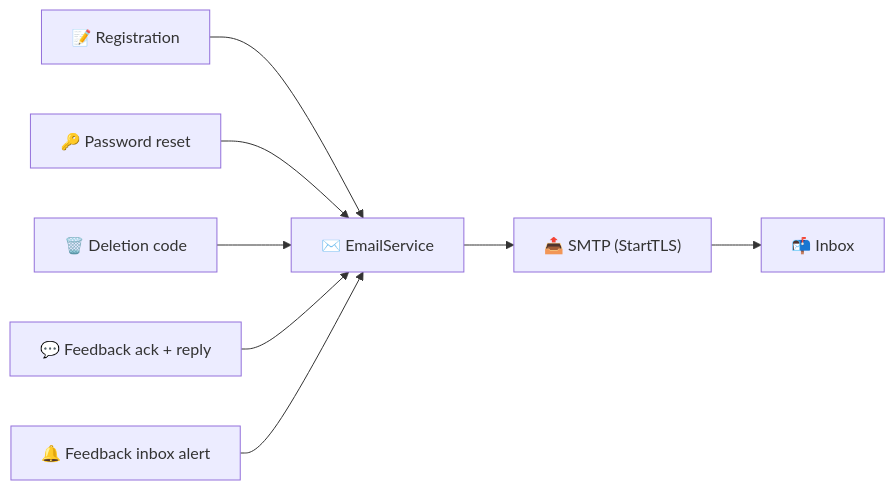
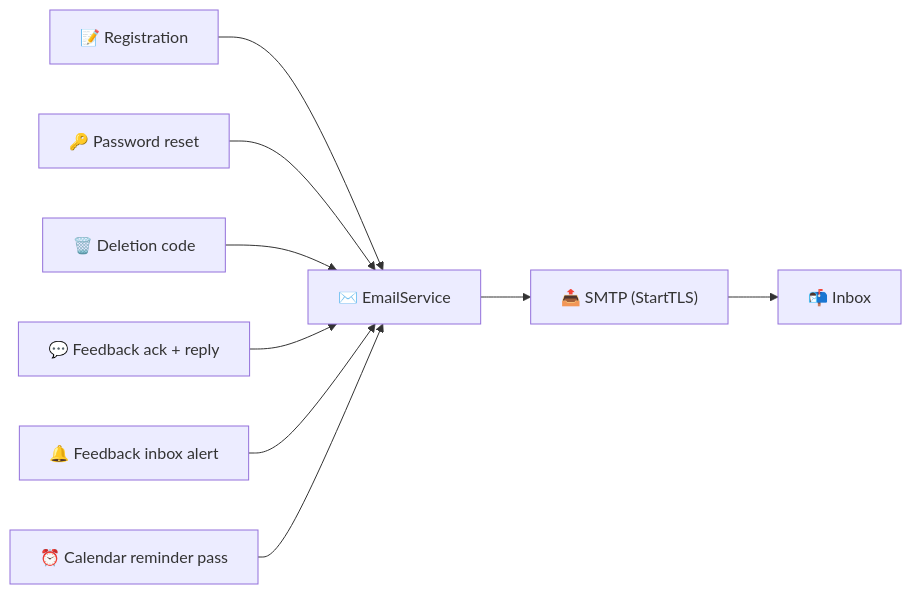
The diagram in architecture/email-service/en.md (AndDev741/Beyou-arch-design), drawn with Mermaid before and after one commit. The commit also changed other lines of this file and 32 other files, not shown here.

````diff
--- a/architecture/email-service/en.md
+++ b/architecture/email-service/en.md
@@ -26,9 +27,10 @@
 ```mermaid
 flowchart LR
   REG["📝 Registration"] --> ES["✉️ EmailService"]
   PR["🔑 Password reset"] --> ES
   DEL["🗑️ Deletion code"] --> ES
   FB["💬 Feedback ack + reply"] --> ES
   FBA["🔔 Feedback inbox alert"] --> ES
+  CAL["⏰ Calendar reminder pass"] --> ES
   ES --> SMTP["📤 SMTP (StartTLS)"] --> INBOX["📬 Inbox"]
 ```
````
